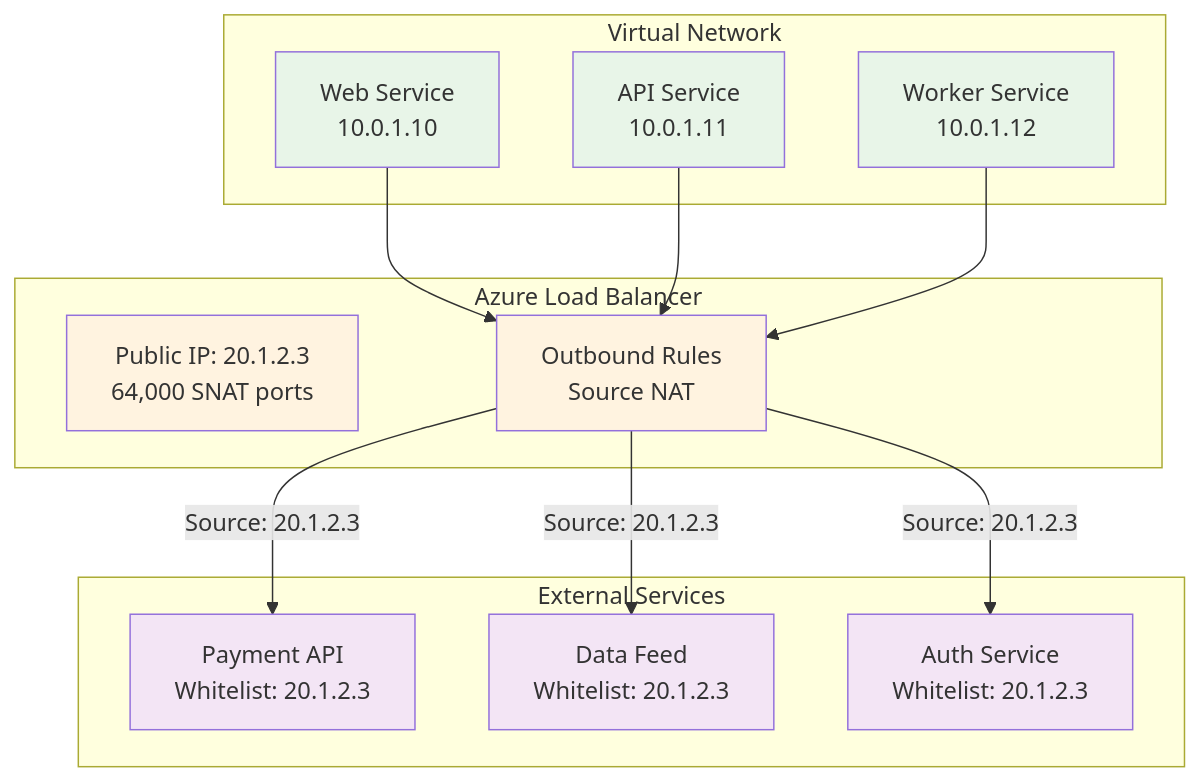
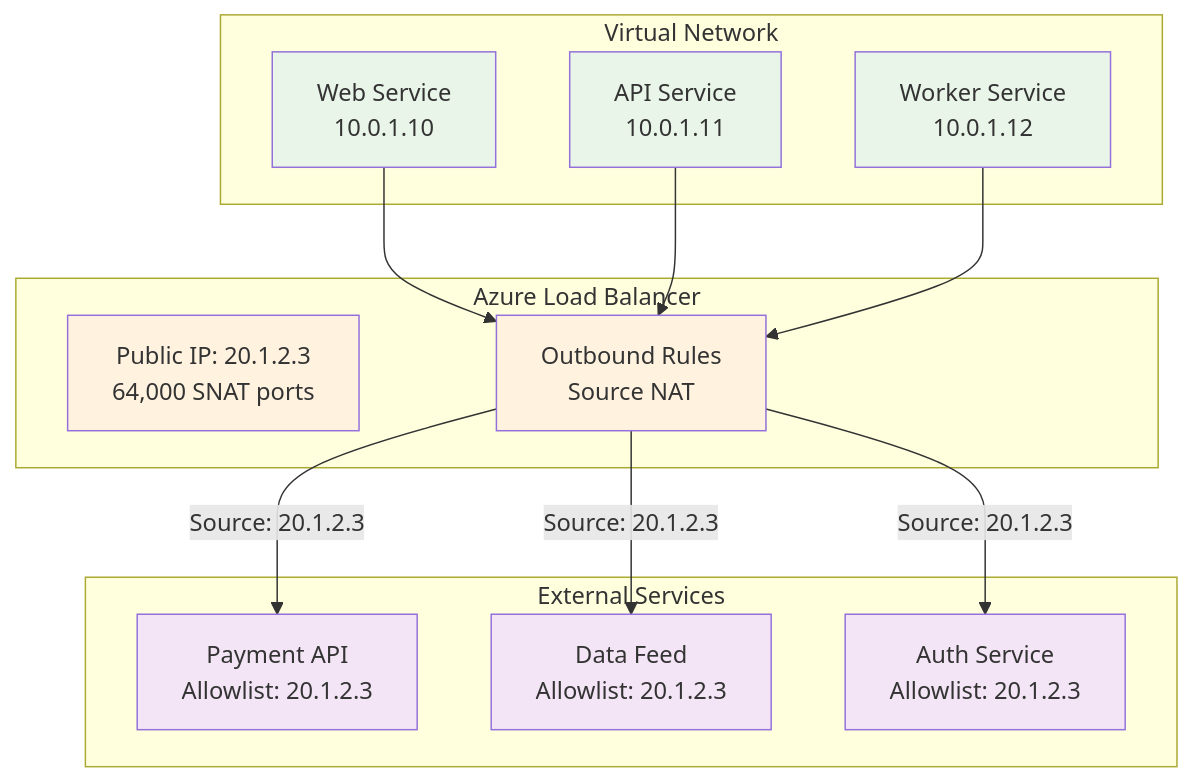
The second of 2 diagrams in blog/azure-public-lb-nat.md (simonpainter/www.simonpainter.com), drawn with Mermaid before and after one commit. The commit also changed other lines of this file, not shown here.

Commit message:
Replace whitelist/whitelisting with allowlist/allowlisting in azure-public-lb-nat.md
Agent-Logs-Url: https://github.com/simonpainter/www.simonpainter.com/sessions/5782f7fd-93d1-4ca7-83e3-78aef7ae8607

````diff
--- a/blog/azure-public-lb-nat.md
+++ b/blog/azure-public-lb-nat.md
@@ -88,38 +88,38 @@
 ```mermaid
 
 flowchart TB
     subgraph "Virtual Network"
         VM1[Web Service<br/>10.0.1.10]
         VM2[API Service<br/>10.0.1.11]
         VM3[Worker Service<br/>10.0.1.12]
     end
     
     subgraph "Azure Load Balancer"
         LB[Public IP: 20.1.2.3<br/>64,000 SNAT ports]
         SNAT[Outbound Rules<br/>Source NAT]
     end
     
     subgraph "External Services"
-        API1[Payment API<br/>Whitelist: 20.1.2.3]
-        API2[Data Feed<br/>Whitelist: 20.1.2.3]
-        API3[Auth Service<br/>Whitelist: 20.1.2.3]
+        API1[Payment API<br/>Allowlist: 20.1.2.3]
+        API2[Data Feed<br/>Allowlist: 20.1.2.3]
+        API3[Auth Service<br/>Allowlist: 20.1.2.3]
     end
     
     VM1 --> SNAT
     VM2 --> SNAT
     VM3 --> SNAT
     
     SNAT -->|Source: 20.1.2.3| API1
     SNAT -->|Source: 20.1.2.3| API2
     SNAT -->|Source: 20.1.2.3| API3
     
     classDef vm fill:#e8f5e8
     classDef lb fill:#fff3e0
     classDef snat fill:#fce4ec
     classDef external fill:#f3e5f5
     
     class VM1,VM2,VM3 vm
     class LB,SNAT lb
     class API1,API2,API3 external
 
 ```
````
